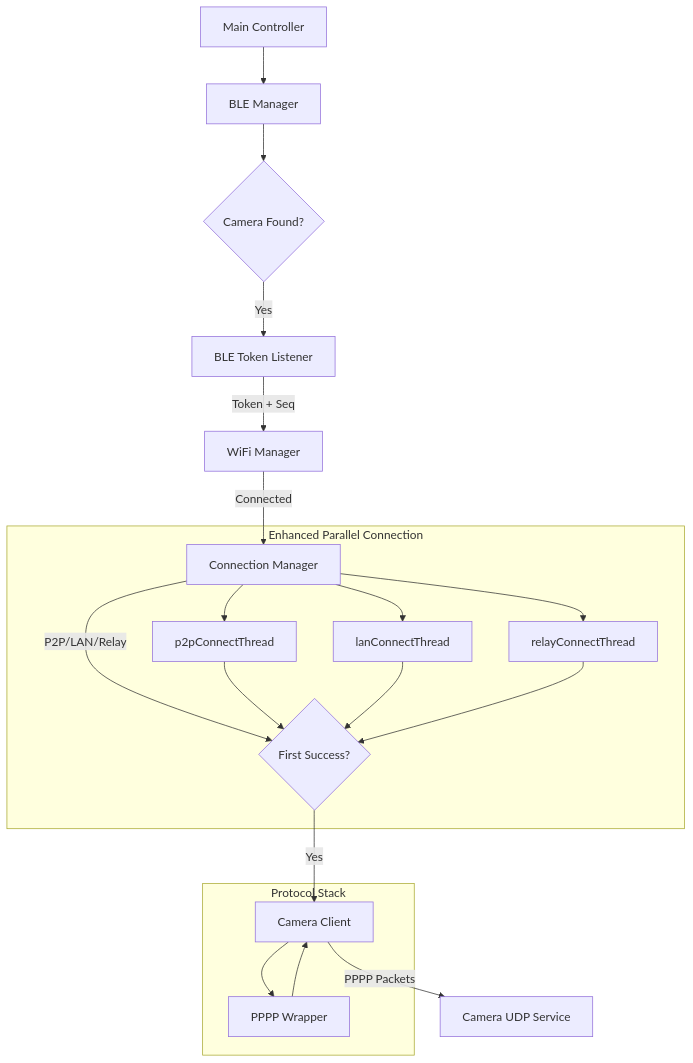
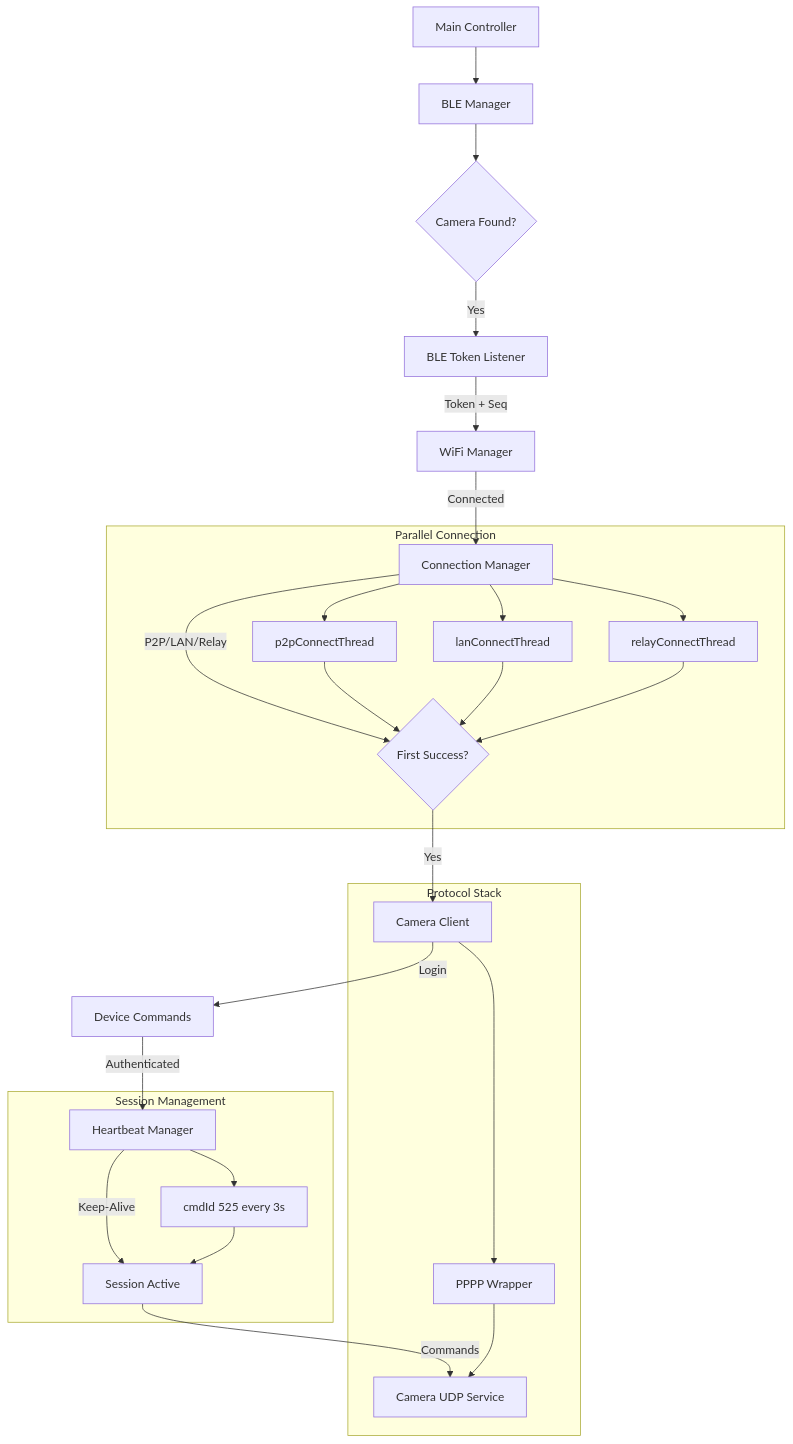
Before and after one commit to philibertschlutzki/pi_trailcam: the diagram in docs/ARCHITECTURE.md, drawn with Mermaid. The commit also changed other lines of this file, not shown here.

First line of the commit message:
docs: add LAN-P2P scenario analysis and port handling details

````diff
--- a/docs/ARCHITECTURE.md
+++ b/docs/ARCHITECTURE.md
@@ -18,25 +20,33 @@
 ```mermaid
 graph TD
     A[Main Controller] --> B[BLE Manager]
     B --> C{Camera Found?}
     C -- Yes --> D[BLE Token Listener]
     D -- Token + Seq --> E[WiFi Manager]
     E -- Connected --> F[Connection Manager]
     F -- P2P/LAN/Relay --> G{First Success?}
     G -- Yes --> H[Camera Client]
-    H -- PPPP Packets --> I[Camera UDP Service]
+    H -- Login --> I[Device Commands]
+    I -- Authenticated --> J[Heartbeat Manager]
+    J -- Keep-Alive --> K[Session Active]
+    K -- Commands --> L[Camera UDP Service]
 
     subgraph Protocol Stack
-    H --> J[PPPP Wrapper]
-    J --> H
+    H --> M[PPPP Wrapper]
+    M --> L
     end
 
-    subgraph Enhanced Parallel Connection
-    F --> K[p2pConnectThread]
-    F --> L[lanConnectThread]
-    F --> M[relayConnectThread]
-    K --> G
-    L --> G
-    M --> G
+    subgraph Parallel Connection
+    F --> N[p2pConnectThread]
+    F --> O[lanConnectThread]
+    F --> P[relayConnectThread]
+    N --> G
+    O --> G
+    P --> G
+    end
+
+    subgraph Session Management
+    J --> Q[cmdId 525 every 3s]
+    Q --> K
     end
 ```
````
